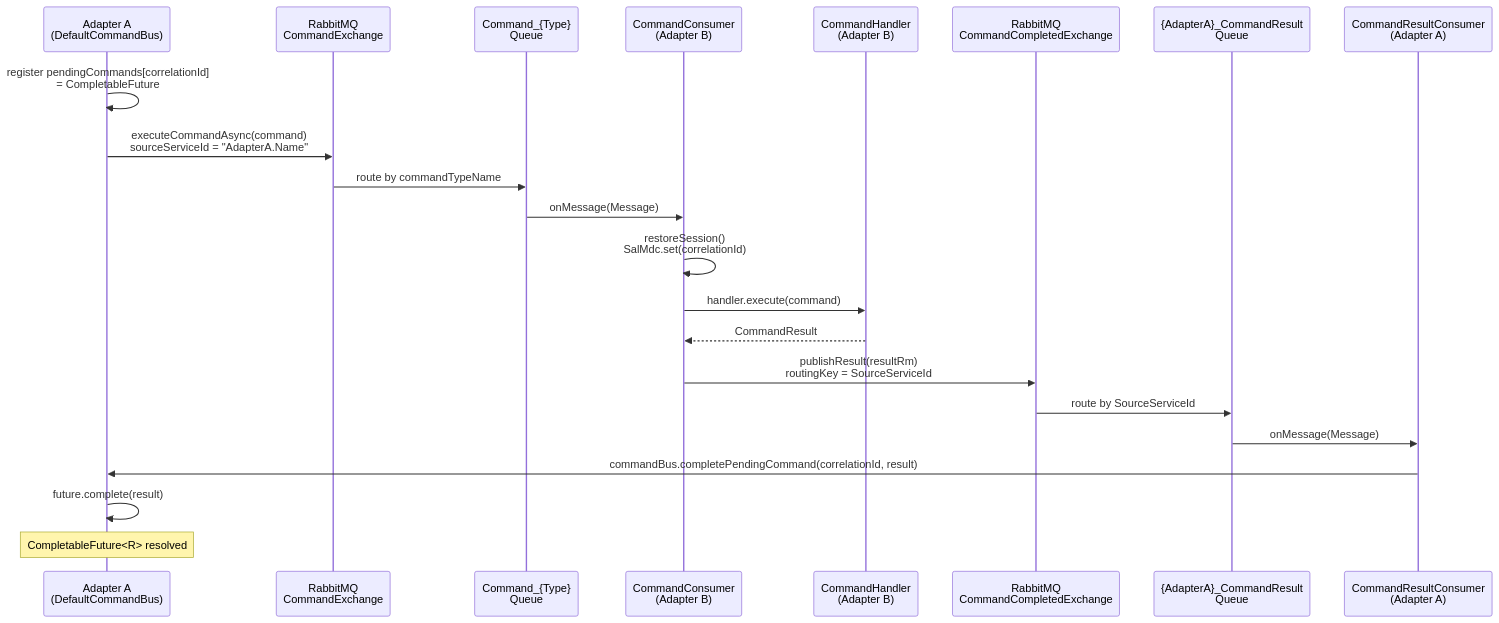
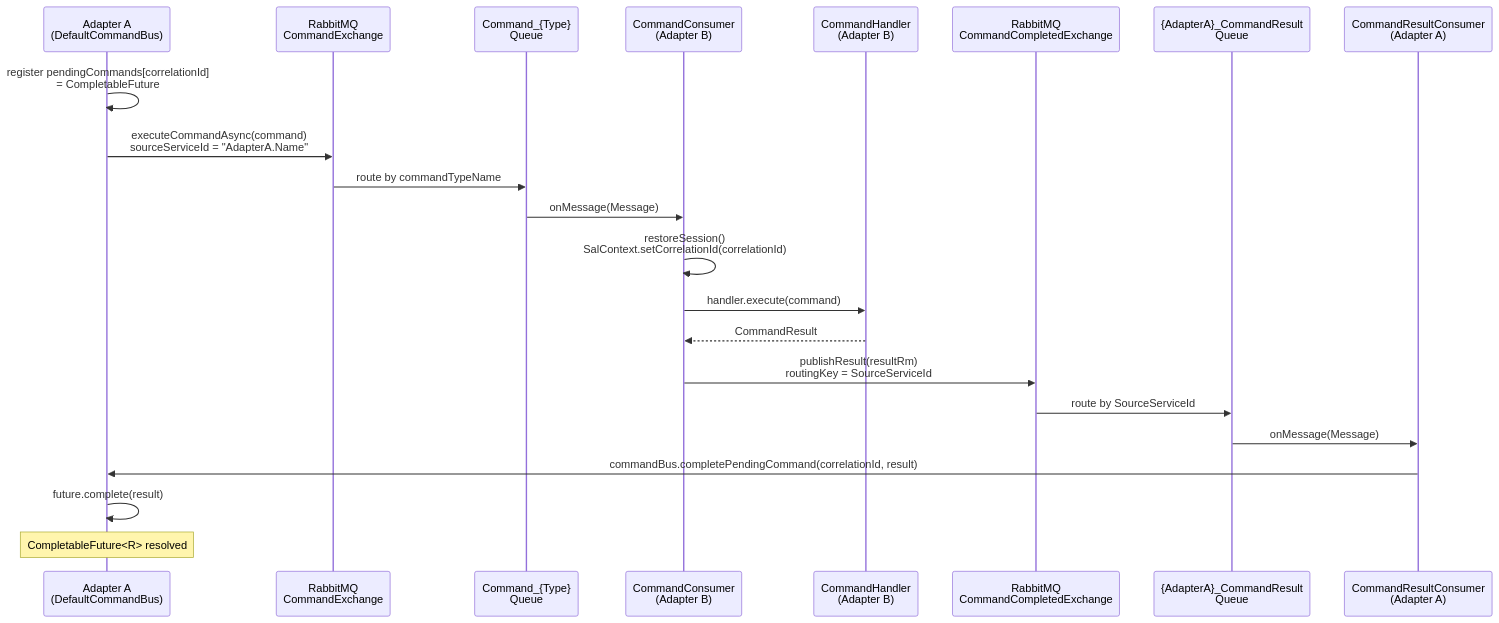
Before and after one commit to yuragavrilov-sketch/sal: the third of 7 diagrams in docs/architecture.md, drawn with Mermaid. The commit also changed other lines of this file and 7 other files, not shown here.

First line of the commit message:
docs: sync with queue-only architecture — purge web/WatchDog/legacy context holders

````diff
--- a/docs/architecture.md
+++ b/docs/architecture.md
@@ -215,25 +212,25 @@
 ```mermaid
 sequenceDiagram
     participant A as Adapter A<br/>(DefaultCommandBus)
     participant CE as RabbitMQ<br/>CommandExchange
     participant Q as Command_{Type}<br/>Queue
     participant CC as CommandConsumer<br/>(Adapter B)
     participant CH as CommandHandler<br/>(Adapter B)
     participant RCE as RabbitMQ<br/>CommandCompletedExchange
     participant RQ as {AdapterA}_CommandResult<br/>Queue
     participant CRC as CommandResultConsumer<br/>(Adapter A)
 
     A->>A: register pendingCommands[correlationId]<br/>= CompletableFuture
     A->>CE: executeCommandAsync(command)<br/>sourceServiceId = "AdapterA.Name"
     CE->>Q: route by commandTypeName
     Q->>CC: onMessage(Message)
-    CC->>CC: restoreSession()<br/>SalMdc.set(correlationId)
+    CC->>CC: restoreSession()<br/>SalContext.setCorrelationId(correlationId)
     CC->>CH: handler.execute(command)
     CH-->>CC: CommandResult
     CC->>RCE: publishResult(resultRm)<br/>routingKey = SourceServiceId
     RCE->>RQ: route by SourceServiceId
     RQ->>CRC: onMessage(Message)
     CRC->>A: commandBus.completePendingCommand(correlationId, result)
     A->>A: future.complete(result)
     Note over A: CompletableFuture<R> resolved
 ```
````
